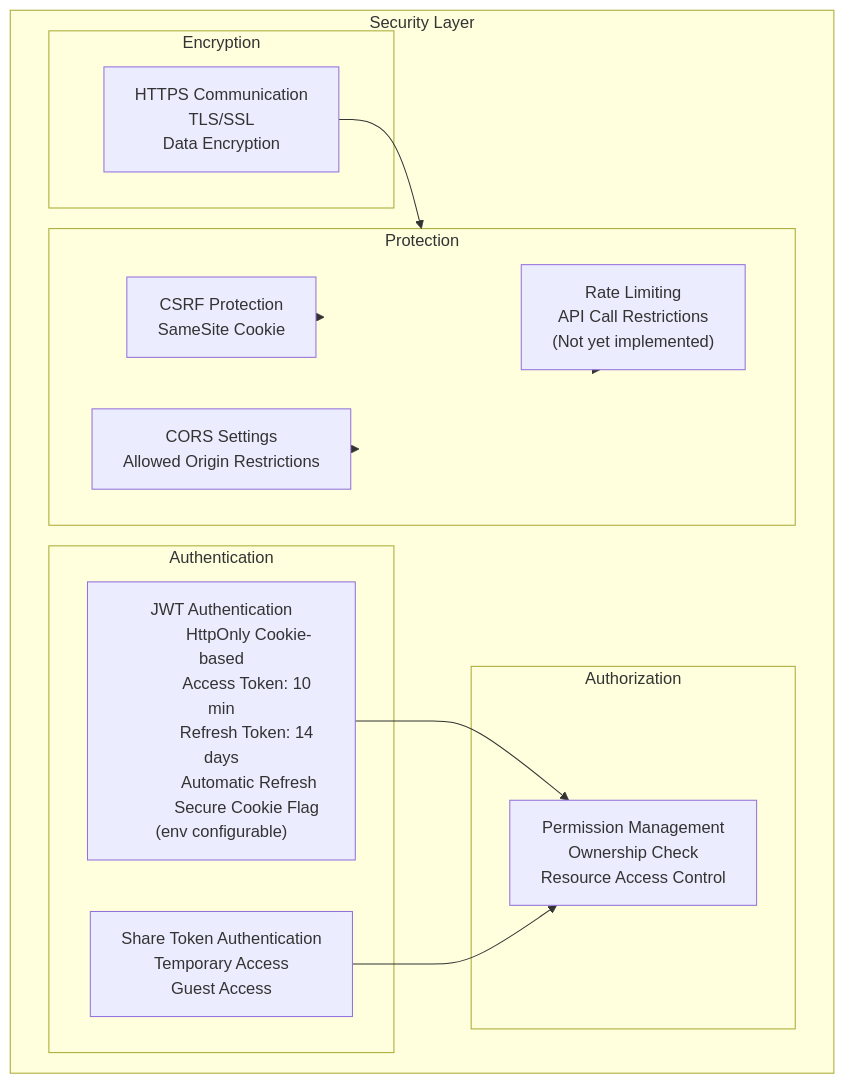
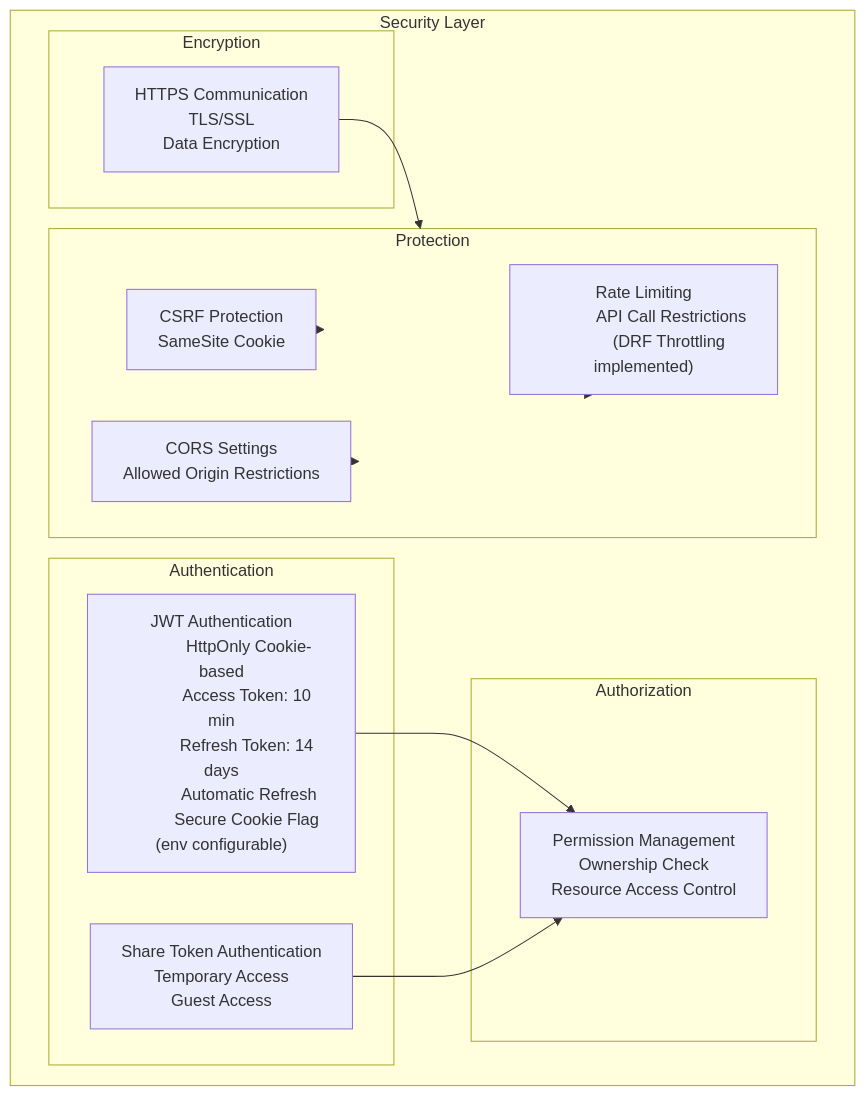
One commit to yukiharada1228/videoq changed the fourth of 7 diagrams in docs/architecture/system-configuration-diagram.md. Above: the diagram before and after it, drawn with Mermaid. The commit also changed 7 other files, not shown here.

Commit message:
docs: update diagrams and README for rate limits, CACHE_URL, and popular scenes

````diff
--- a/docs/architecture/system-configuration-diagram.md
+++ b/docs/architecture/system-configuration-diagram.md
@@ -212,45 +212,45 @@
 ```mermaid
 graph TB
     subgraph Security["Security Layer"]
         subgraph Authentication["Authentication"]
             JWT["JWT Authentication
             HttpOnly Cookie-based
             Access Token: 10 min
             Refresh Token: 14 days
             Automatic Refresh
             Secure Cookie Flag (env configurable)"]
             ShareToken["Share Token Authentication
             Temporary Access
             Guest Access"]
         end
 
         subgraph Authorization["Authorization"]
             Permissions["Permission Management
             Ownership Check
             Resource Access Control"]
         end
 
         subgraph Encryption["Encryption"]
             HTTPS["HTTPS Communication
             TLS/SSL
             Data Encryption"]
         end
 
         subgraph Protection["Protection"]
             CSRF["CSRF Protection
             SameSite Cookie"]
             CORS["CORS Settings
             Allowed Origin Restrictions"]
             RateLimit["Rate Limiting
             API Call Restrictions
-            (Not yet implemented)"]
+            (DRF Throttling implemented)"]
         end
     end
 
     JWT --> Permissions
     ShareToken --> Permissions
     HTTPS --> Protection
     CSRF --> Protection
     CORS --> Protection
     RateLimit --> Protection
 ```
````
